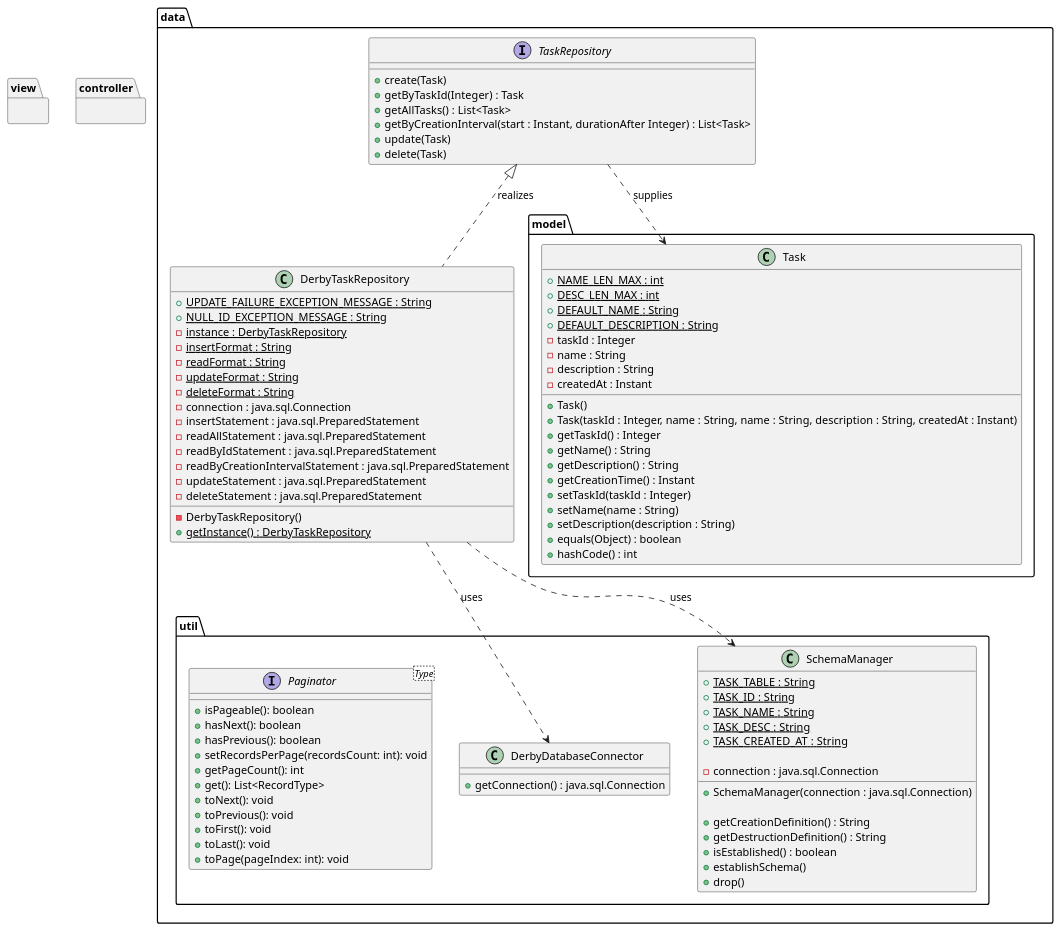
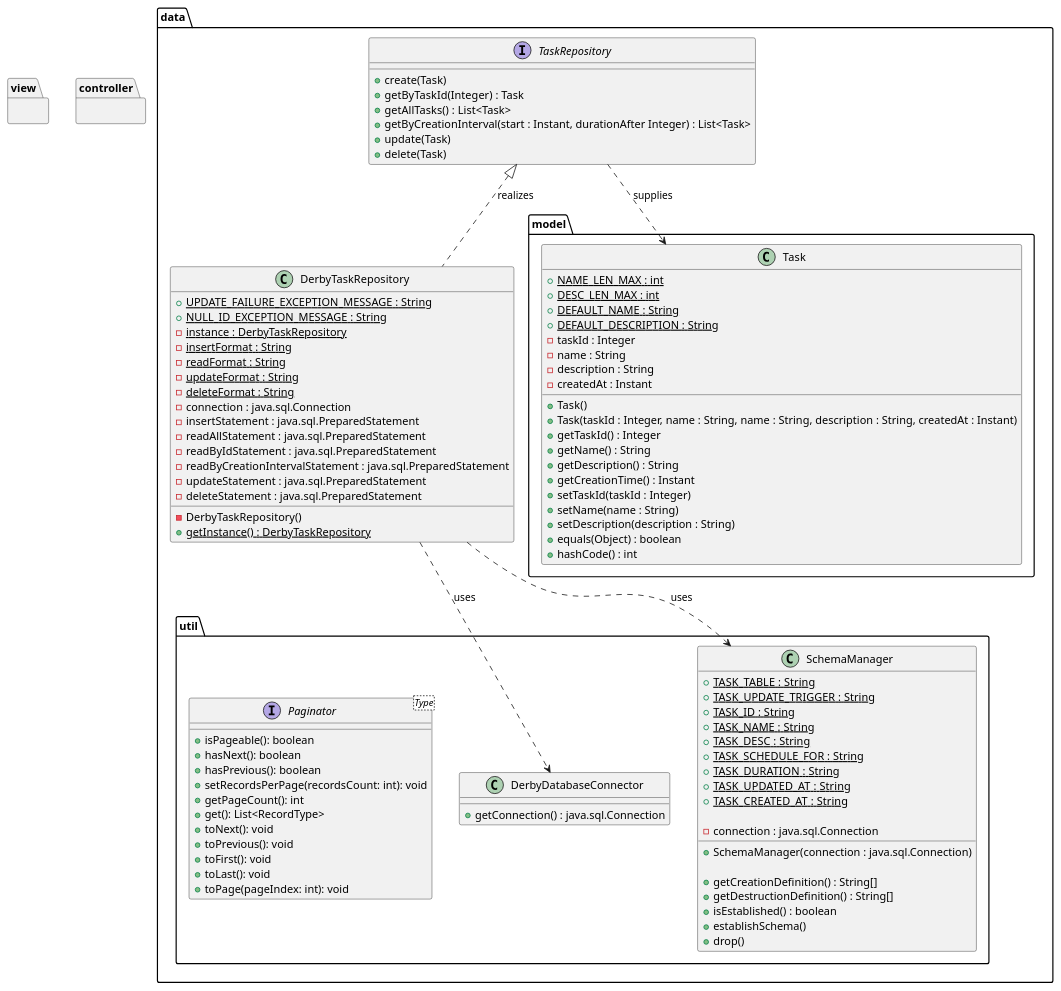
One commit to AhmdSkr/task-manager-client changed the diagram in src/main/java/com/rakkiz/taskmanagerclient/Task-Manager-Client-Class-Diagram.puml. Above: the diagram before and after it, drawn with PlantUML. The commit also changed 4 other files, not shown here.

```diff
--- a/src/main/java/com/rakkiz/taskmanagerclient/Task-Manager-Client-Class-Diagram.puml
+++ b/src/main/java/com/rakkiz/taskmanagerclient/Task-Manager-Client-Class-Diagram.puml
@@ -1,102 +1,106 @@
 @startuml
 'https://plantuml.com/class-diagram
 
 package data {
 
     package model {
         class Task {
             + {static} NAME_LEN_MAX : int
             + {static} DESC_LEN_MAX : int
             + {static} DEFAULT_NAME : String
             + {static} DEFAULT_DESCRIPTION : String
             - taskId : Integer
             - name : String
             - description : String
             - createdAt : Instant
             + Task()
             + Task(taskId : Integer, name : String, name : String, description : String, createdAt : Instant)
             + getTaskId() : Integer
             + getName() : String
             + getDescription() : String
             + getCreationTime() : Instant
             + setTaskId(taskId : Integer)
             + setName(name : String)
             + setDescription(description : String)
             + equals(Object) : boolean
             + hashCode() : int
         }
     }
     package util {
         class DerbyDatabaseConnector {
             + getConnection() : java.sql.Connection
         }
         class SchemaManager {
             + {static} TASK_TABLE : String
+            + {static} TASK_UPDATE_TRIGGER : String
             + {static} TASK_ID : String
             + {static} TASK_NAME : String
             + {static} TASK_DESC : String
+            + {static} TASK_SCHEDULE_FOR : String
+            + {static} TASK_DURATION : String
+            + {static} TASK_UPDATED_AT : String
             + {static} TASK_CREATED_AT : String
 
             - connection : java.sql.Connection
 
             + SchemaManager(connection : java.sql.Connection)
 
-            + getCreationDefinition() : String
-            + getDestructionDefinition() : String
+            + getCreationDefinition() : String[]
+            + getDestructionDefinition() : String[]
             + isEstablished() : boolean
             + establishSchema()
             + drop()
 
         }
 
         interface Paginator<Type> {
             + isPageable(): boolean
             + hasNext(): boolean
             + hasPrevious(): boolean
             + setRecordsPerPage(recordsCount: int): void
             + getPageCount(): int
             + get(): List<RecordType>
             + toNext(): void
             + toPrevious(): void
             + toFirst(): void
             + toLast(): void
             + toPage(pageIndex: int): void
         }
 
     }
 
     interface TaskRepository {
         + create(Task)
         + getByTaskId(Integer) : Task
         + getAllTasks() : List<Task>
         + getByCreationInterval(start : Instant, durationAfter Integer) : List<Task>
         + update(Task)
         + delete(Task)
     }
     TaskRepository ..> Task : supplies
 
     class DerbyTaskRepository {
         + {static} UPDATE_FAILURE_EXCEPTION_MESSAGE : String
         + {static} NULL_ID_EXCEPTION_MESSAGE : String
         - {static} instance : DerbyTaskRepository
         - {static} insertFormat : String
         - {static} readFormat : String
         - {static} updateFormat : String
         - {static} deleteFormat : String
         - connection : java.sql.Connection
         - insertStatement : java.sql.PreparedStatement
         - readAllStatement : java.sql.PreparedStatement
         - readByIdStatement : java.sql.PreparedStatement
         - readByCreationIntervalStatement : java.sql.PreparedStatement
         - updateStatement : java.sql.PreparedStatement
         - deleteStatement : java.sql.PreparedStatement
         - DerbyTaskRepository()
         + {static} getInstance() : DerbyTaskRepository
     }
     TaskRepository <|.. DerbyTaskRepository : realizes
     DerbyTaskRepository ..> SchemaManager : uses
     DerbyTaskRepository ..> DerbyDatabaseConnector : uses
 }
 package view {}
 package controller {}
 @enduml
```
